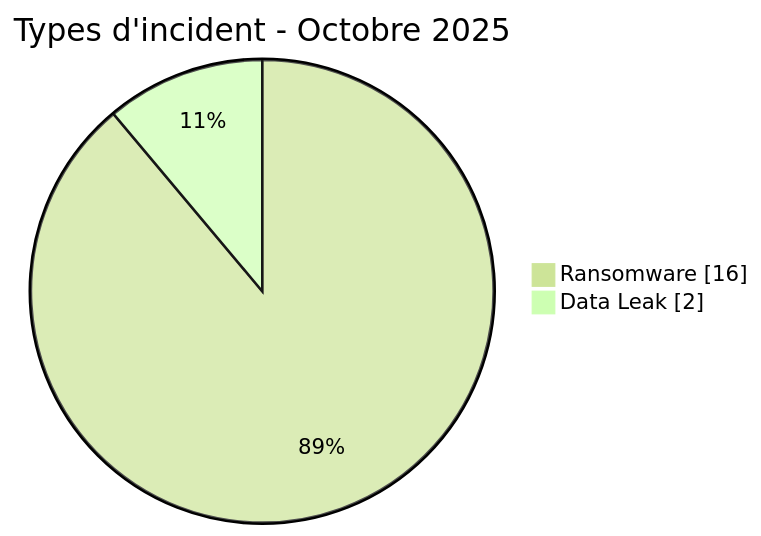
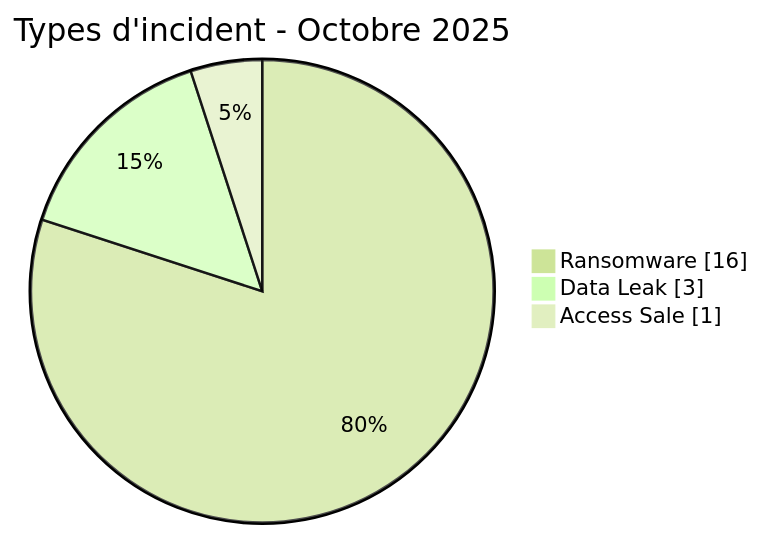
The first of 2 diagrams in CyberAttackAfrica/2025/10-october/README_FR.md (Hatchepsoute/AFRINTEL), drawn with Mermaid (forest theme) before and after one commit. The commit also changed other lines of this file and 73 other files, not shown here.

````diff
--- a/CyberAttackAfrica/2025/10-october/README_FR.md
+++ b/CyberAttackAfrica/2025/10-october/README_FR.md
@@ -69,6 +78,7 @@
 ```mermaid
 pie showData
     title Types d'incident - Octobre 2025
     "Ransomware" : 16
-    "Data Leak" : 2
+    "Data Leak" : 3
+    "Access Sale" : 1
 ```
````
